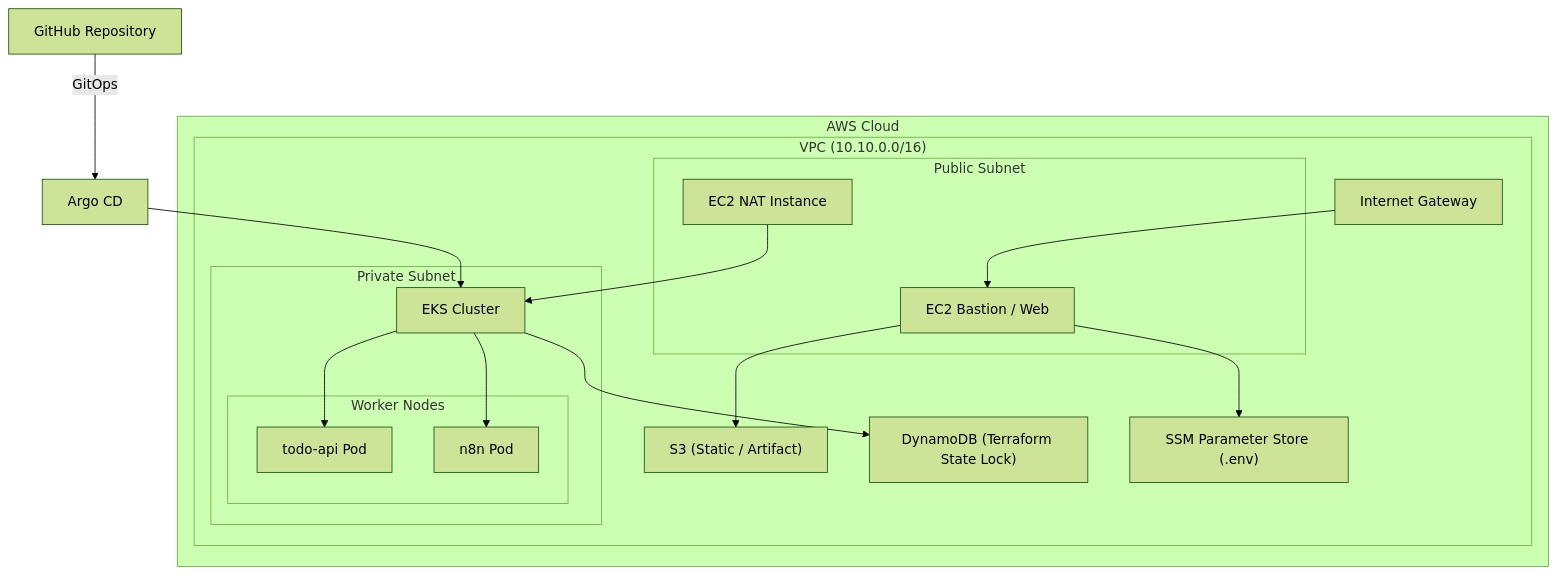
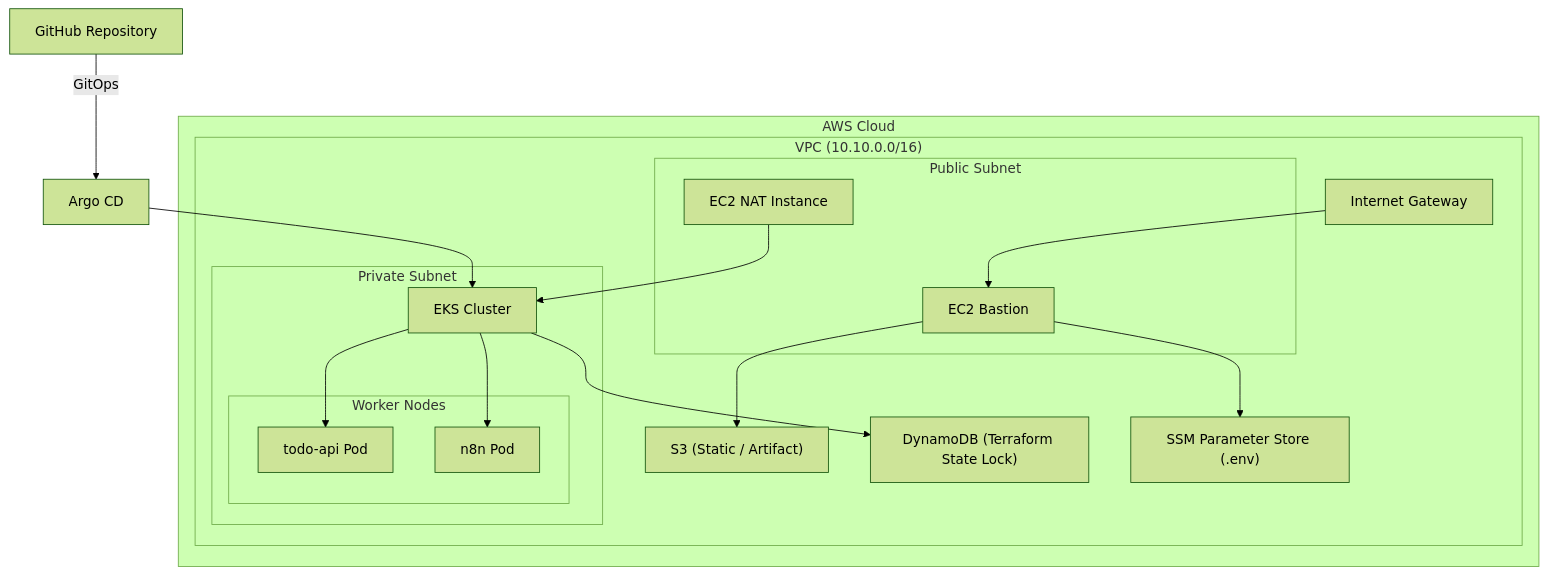
The diagram in README.md (lee951109/devops-portfolio-eks-ecs-argocd-n8n), drawn with Mermaid (forest theme) before and after one commit.

Commit message:
Bastion에서 Web 제거

````diff
--- a/README.md
+++ b/README.md
@@ -23,42 +23,42 @@
 ```mermaid
 graph TD
 
 subgraph AWS["AWS Cloud"]
   subgraph VPC["VPC (10.10.0.0/16)"]
 
     IGW["Internet Gateway"]
 
     subgraph Public["Public Subnet"]
       NAT["EC2 NAT Instance"]
-      WEB["EC2 Bastion / Web"]
+      WEB["EC2 Bastion"]
     end
 
     subgraph Private["Private Subnet"]
       EKS["EKS Cluster"]
 
       subgraph Nodes["Worker Nodes"]
         POD1["todo-api Pod"]
         POD2["n8n Pod"]
       end
     end
 
     S3["S3 (Static / Artifact)"]
     DDB["DynamoDB (Terraform State Lock)"]
     PS["SSM Parameter Store (.env)"]
   end
 end
 
 Git["GitHub Repository"] -->|GitOps| Argo["Argo CD"]
 Argo --> EKS
 
 IGW --> WEB
 WEB --> PS
 WEB --> S3
 NAT --> EKS
 
 EKS --> POD1
 EKS --> POD2
 
 EKS --> DDB
 
 ```
````
